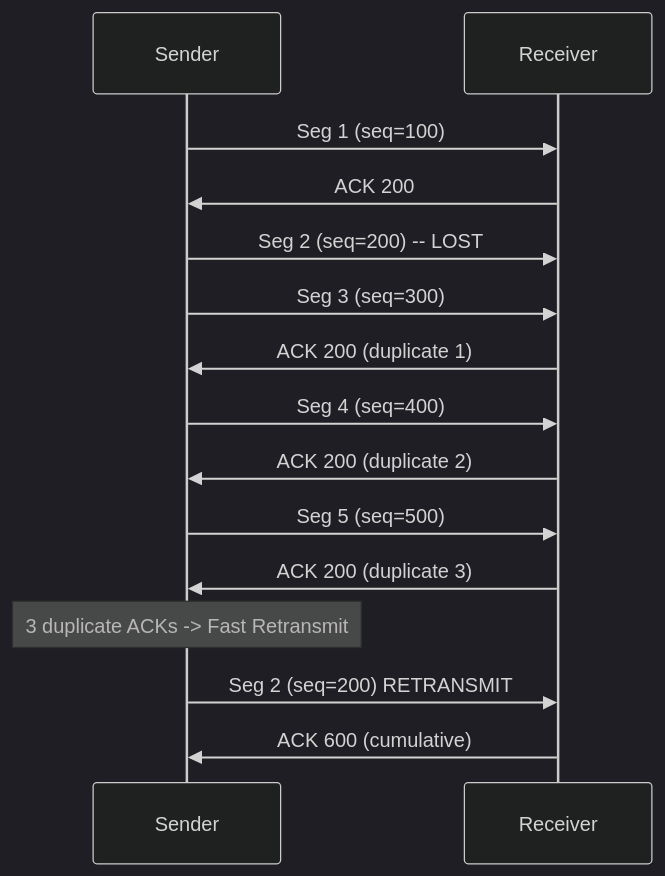
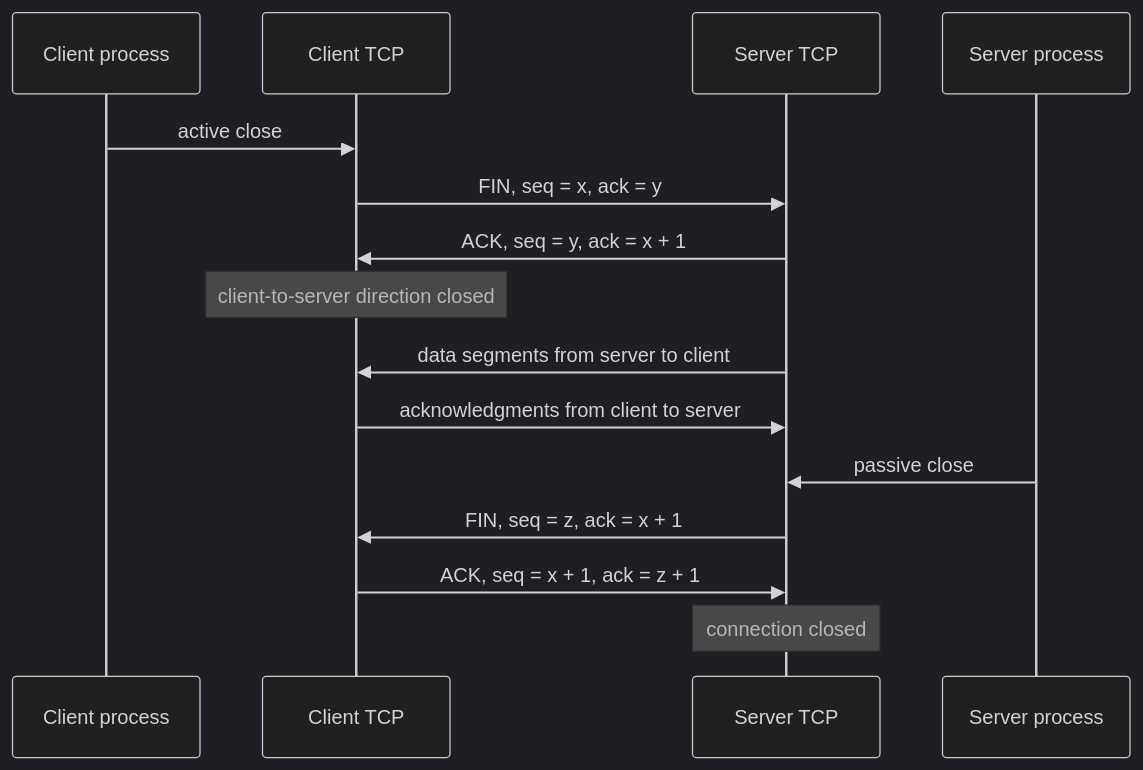
The eighth of 27 diagrams in Lecture-Notes/Ch08_Transmission-Control-Protocol/Concepts_Lecture.md (Choroning/25Spring_Computer-Networks), drawn with Mermaid (dark theme) before and after one commit. The commit also changed other lines of this file and 20 other files, not shown here.

````diff
--- a/Lecture-Notes/Ch08_Transmission-Control-Protocol/Concepts_Lecture.md
+++ b/Lecture-Notes/Ch08_Transmission-Control-Protocol/Concepts_Lecture.md
@@ -364,18 +568,17 @@
 ```mermaid
 sequenceDiagram
-    participant S as Sender
-    participant R as Receiver
-
-    S->>R: Seg 1 (seq=100)
-    R->>S: ACK 200
-    S->>R: Seg 2 (seq=200) -- LOST
-    S->>R: Seg 3 (seq=300)
-    R->>S: ACK 200 (duplicate 1)
-    S->>R: Seg 4 (seq=400)
-    R->>S: ACK 200 (duplicate 2)
-    S->>R: Seg 5 (seq=500)
-    R->>S: ACK 200 (duplicate 3)
-    Note over S: 3 duplicate ACKs -> Fast Retransmit
-    S->>R: Seg 2 (seq=200) RETRANSMIT
-    R->>S: ACK 600 (cumulative)
+    participant CP as Client process
+    participant C as Client TCP
+    participant S as Server TCP
+    participant SP as Server process
+    CP->>C: active close
+    C->>S: FIN, seq = x, ack = y
+    S->>C: ACK, seq = y, ack = x + 1
+    Note over C: client-to-server direction closed
+    S->>C: data segments from server to client
+    C->>S: acknowledgments from client to server
+    SP->>S: passive close
+    S->>C: FIN, seq = z, ack = x + 1
+    C->>S: ACK, seq = x + 1, ack = z + 1
+    Note over S: connection closed
 ```
````
